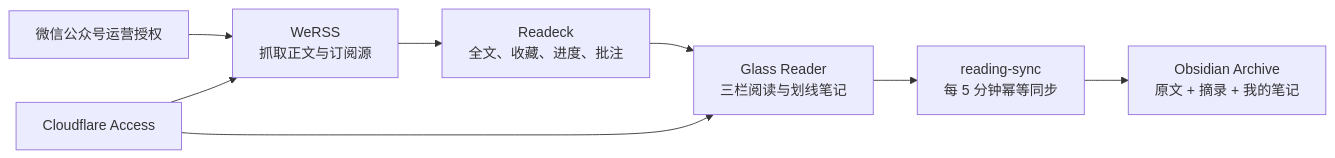
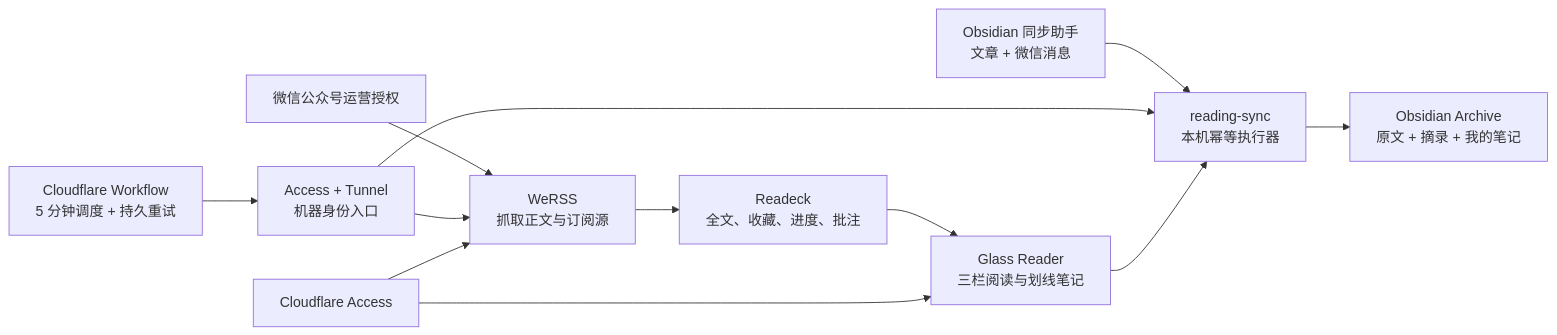
Before and after one commit to summerchaserwwz/wechat-rss-reader: the diagram in README.md, drawn with Mermaid. The commit also changed other lines of this file and 42 other files, not shown here.

````diff
--- a/README.md
+++ b/README.md
@@ -34,10 +34,14 @@
 ```mermaid
 flowchart LR
   WX["微信公众号运营授权"] --> W["WeRSS<br/>抓取正文与订阅源"]
   W --> R["Readeck<br/>全文、收藏、进度、批注"]
   R --> UI["Glass Reader<br/>三栏阅读与划线笔记"]
-  UI --> S["reading-sync<br/>每 5 分钟幂等同步"]
+  H["Obsidian 同步助手<br/>文章 + 微信消息"] --> S["reading-sync<br/>本机幂等执行器"]
+  CFW["Cloudflare Workflow<br/>5 分钟调度 + 持久重试"] --> CTRL["Access + Tunnel<br/>机器身份入口"]
+  CTRL --> S
+  CTRL --> W
+  UI --> S
   S --> O["Obsidian Archive<br/>原文 + 摘录 + 我的笔记"]
   CF["Cloudflare Access"] --> UI
   CF --> W
 ```
````
